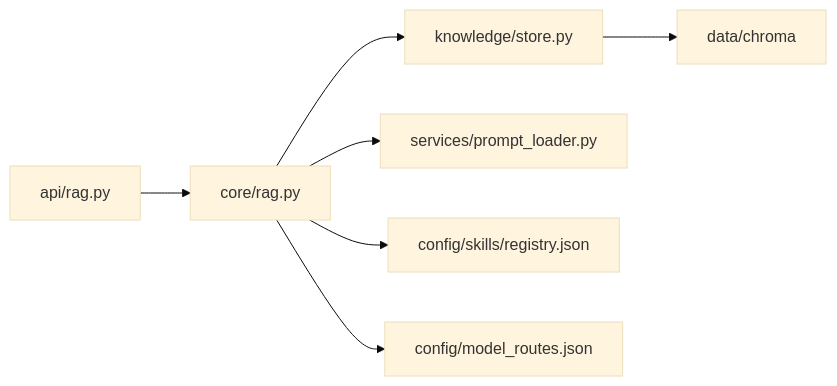
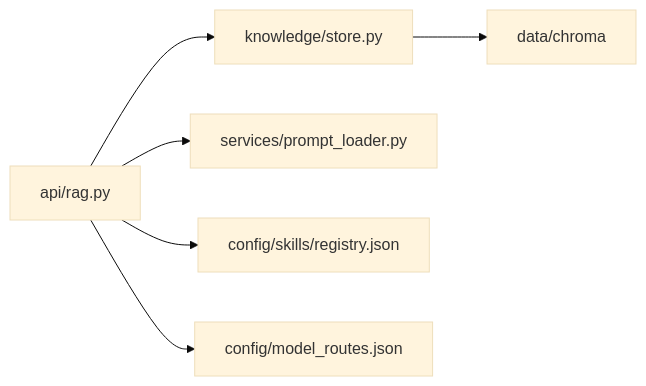
Before and after one commit to angledick/-: the eighth of 8 diagrams in .qoder/repowiki/zh/content/核心业务模块/知识管理系统/知识管理系统.md, drawn with Mermaid (base theme). The commit also changed other lines of this file and 770 other files, not shown here.

````diff
--- a/.qoder/repowiki/zh/content/核心业务模块/知识管理系统/知识管理系统.md
+++ b/.qoder/repowiki/zh/content/核心业务模块/知识管理系统/知识管理系统.md
@@ -359,9 +354,8 @@
 ```mermaid
 graph LR
-API["api/rag.py"] --> CORE["core/rag.py"]
-CORE --> STORE["knowledge/store.py"]
+API["api/rag.py"] --> STORE["knowledge/store.py"]
 STORE --> CHROMA["data/chroma"]
-CORE --> PROMPT["services/prompt_loader.py"]
-CORE --> CONFIG1["config/skills/registry.json"]
-CORE --> CONFIG2["config/model_routes.json"]
+API --> PROMPT["services/prompt_loader.py"]
+API --> CONFIG1["config/skills/registry.json"]
+API --> CONFIG2["config/model_routes.json"]
 ```
````
